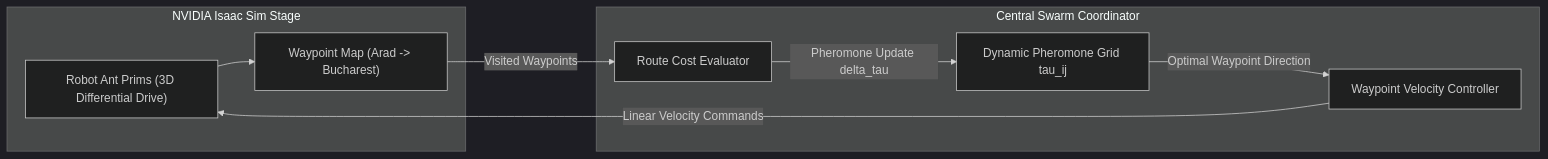
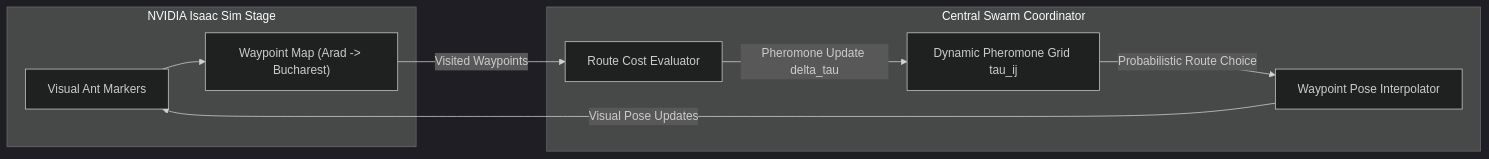
Before and after one commit to robotictang/CSC3034: the second of 2 diagrams in src/lab5.md, drawn with Mermaid (dark theme). The commit also changed other lines of this file and 109 other files, not shown here.

````diff
--- a/src/lab5.md
+++ b/src/lab5.md
@@ -987,19 +991,19 @@
 ```mermaid
 graph LR
     subgraph IsaacSim ["NVIDIA Isaac Sim Stage"]
-        Robots["Robot Ant Prims (3D Differential Drive)"]
+        Robots["Visual Ant Markers"]
         Graph["Waypoint Map (Arad -> Bucharest)"]
         Robots --> Graph
     end
     
     subgraph SwarmBrain ["Central Swarm Coordinator"]
         PheromoneMap["Dynamic Pheromone Grid tau_ij"]
         RouteEval["Route Cost Evaluator"]
-        VelController["Waypoint Velocity Controller"]
+        PoseInterpolator["Waypoint Pose Interpolator"]
     end
     
     Graph -->|"Visited Waypoints"| RouteEval
     RouteEval -->|"Pheromone Update delta_tau"| PheromoneMap
-    PheromoneMap -->|"Optimal Waypoint Direction"| VelController
-    VelController -->|"Linear Velocity Commands"| Robots
+    PheromoneMap -->|"Probabilistic Route Choice"| PoseInterpolator
+    PoseInterpolator -->|"Visual Pose Updates"| Robots
 ```
````
